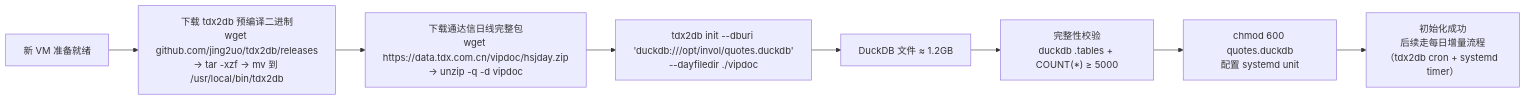
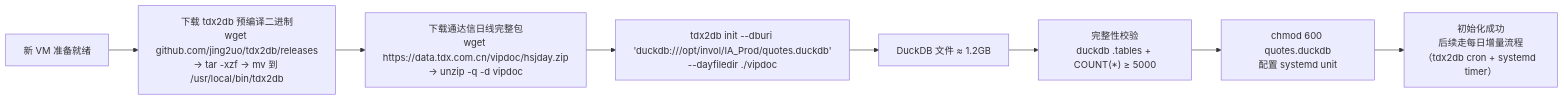
Diagram 12 of 15 in docs/client/SDD.md (skytreat/InvestAssistantMVP), drawn with Mermaid before and after one commit. The commit also changed other lines of this file and 13 other files, not shown here.

Commit message:
fix(deploy): 生产运行目录迁移到 /opt/invol/IA_Prod

````diff
--- a/docs/client/SDD.md
+++ b/docs/client/SDD.md
@@ -2452,10 +2452,10 @@
 ```mermaid
 flowchart LR
     A["新 VM 准备就绪"] --> B["下载 tdx2db 预编译二进制<br/>wget github.com/jing2uo/tdx2db/releases<br/>→ tar -xzf → mv 到 /usr/local/bin/tdx2db"]
     B --> C["下载通达信日线完整包<br/>wget https://data.tdx.com.cn/vipdoc/hsjday.zip<br/>→ unzip -q -d vipdoc"]
-    C --> D["tdx2db init --dburi 'duckdb:///opt/invol/quotes.duckdb'<br/>--dayfiledir ./vipdoc"]
+    C --> D["tdx2db init --dburi 'duckdb:///opt/invol/IA_Prod/quotes.duckdb'<br/>--dayfiledir ./vipdoc"]
     D --> E["DuckDB 文件 ≈ 1.2GB"]
     E --> F["完整性校验<br/>duckdb .tables + COUNT(*) ≥ 5000"]
     F --> G["chmod 600 quotes.duckdb<br/>配置 systemd unit"]
     G --> H["初始化成功<br/>后续走每日增量流程（tdx2db cron + systemd timer）"]
 ```
````
